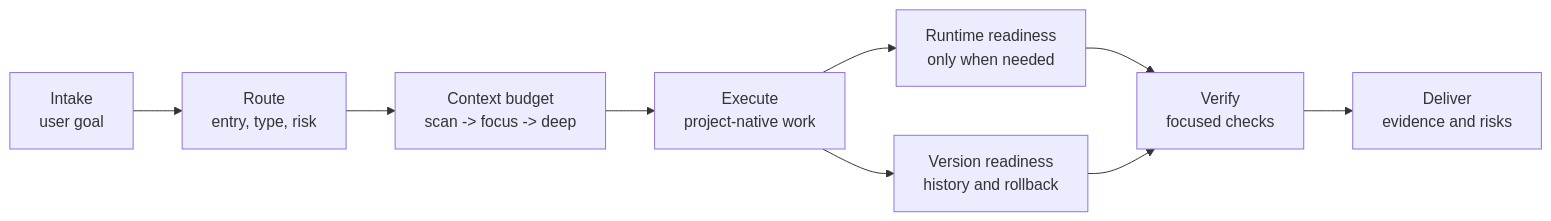
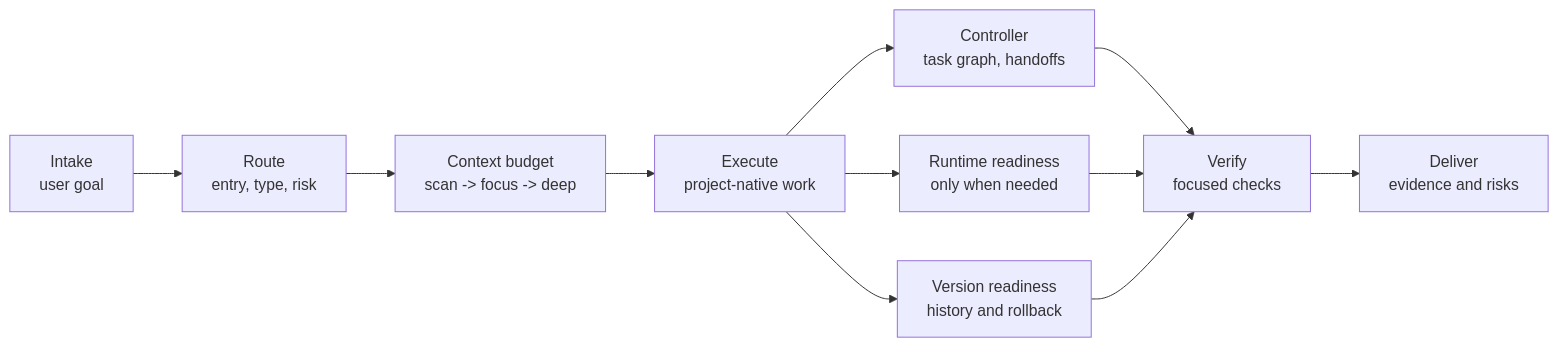
Before and after one commit to GnosiST/omyKit: the diagram in README.md, drawn with Mermaid. The commit also changed other lines of this file and 39 other files, not shown here.

````diff
--- a/README.md
+++ b/README.md
@@ -33,11 +34,13 @@
 ```mermaid
 flowchart LR
     Intake["Intake<br/>user goal"] --> Route["Route<br/>entry, type, risk"]
     Route --> Budget["Context budget<br/>scan -> focus -> deep"]
     Budget --> Work["Execute<br/>project-native work"]
+    Work --> Controller["Controller<br/>task graph, handoffs"]
     Work --> Runtime["Runtime readiness<br/>only when needed"]
     Work --> Version["Version readiness<br/>history and rollback"]
+    Controller --> Verify["Verify<br/>focused checks"]
     Runtime --> Verify["Verify<br/>focused checks"]
     Version --> Verify
     Verify --> Deliver["Deliver<br/>evidence and risks"]
 ```
````
